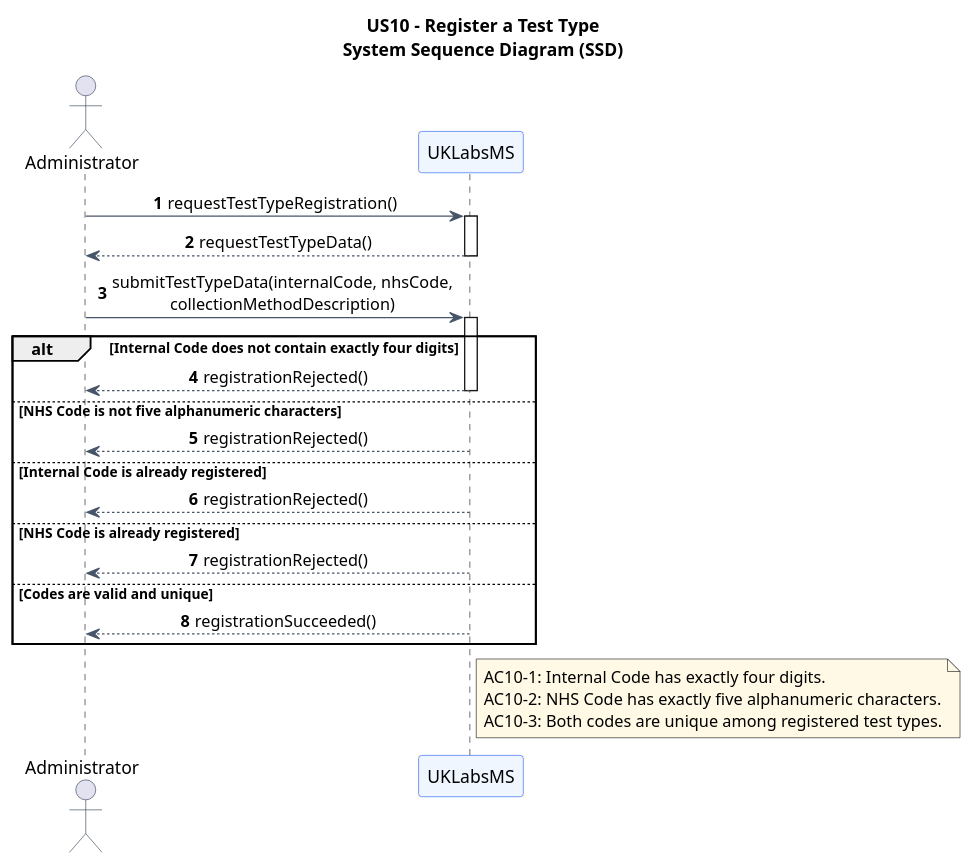
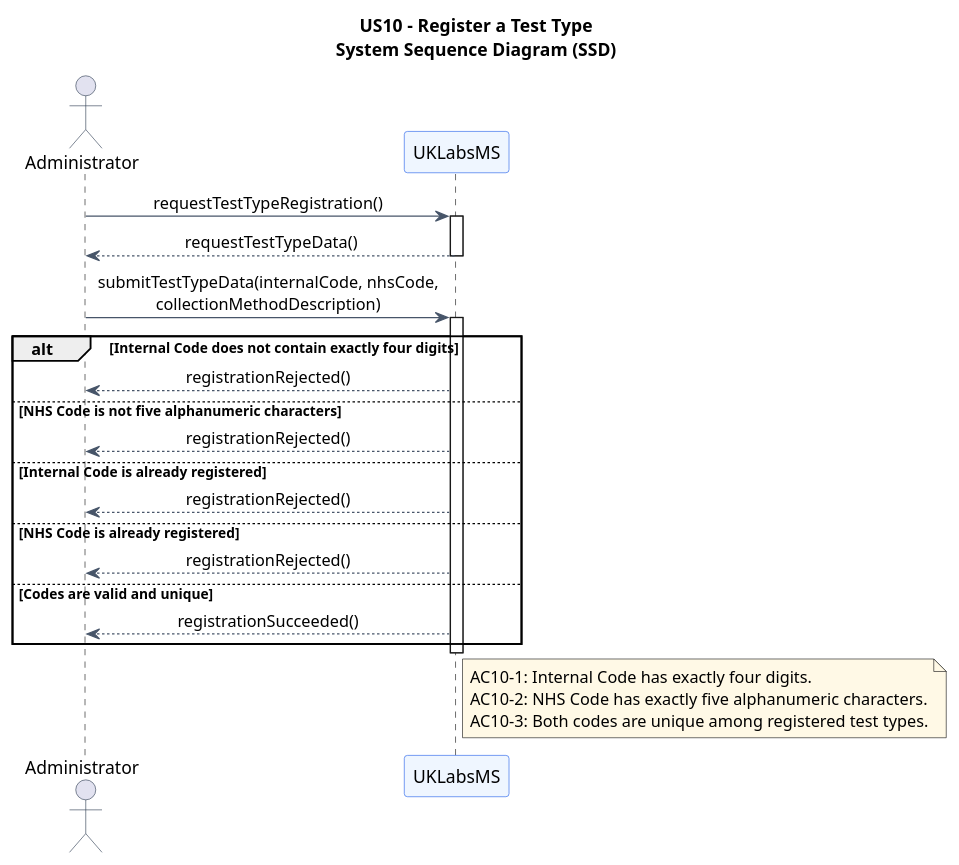
Before and after one commit to jmaia574/leti-esoft-26-27-B6: the diagram in docs/system-documentation/US10/puml/US10-SSD.puml, drawn with PlantUML. The commit also changed 6 other files, not shown here.

```diff
--- a/docs/system-documentation/US10/puml/US10-SSD.puml
+++ b/docs/system-documentation/US10/puml/US10-SSD.puml
@@ -1,42 +1,45 @@
 @startuml
 title US10 - Register a Test Type\nSystem Sequence Diagram (SSD)
 
 skinparam backgroundColor #FFFFFF
 skinparam shadowing false
 skinparam sequenceMessageAlign center
 skinparam responseMessageBelowArrow true
 skinparam ParticipantBorderColor #2563EB
 skinparam ParticipantBackgroundColor #EFF6FF
 skinparam ActorBorderColor #334155
 skinparam ArrowColor #475569
 skinparam NoteBackgroundColor #FFF9E6
 
-autoactivate on
-autonumber
 
 actor "Administrator" as Admin
 participant "UKLabsMS" as System
 
 Admin -> System : requestTestTypeRegistration()
+activate System
 System --> Admin : requestTestTypeData()
+deactivate System
+
+
 Admin -> System : submitTestTypeData(internalCode, nhsCode,\ncollectionMethodDescription)
-
+activate System
 alt Internal Code does not contain exactly four digits
     System --> Admin : registrationRejected()
 else NHS Code is not five alphanumeric characters
     System --> Admin : registrationRejected()
 else Internal Code is already registered
     System --> Admin : registrationRejected()
 else NHS Code is already registered
     System --> Admin : registrationRejected()
 else Codes are valid and unique
     System --> Admin : registrationSucceeded()
 end
 
+deactivate System
 note right of System
 AC10-1: Internal Code has exactly four digits.
 AC10-2: NHS Code has exactly five alphanumeric characters.
 AC10-3: Both codes are unique among registered test types.
 end note
 
 @enduml
```
